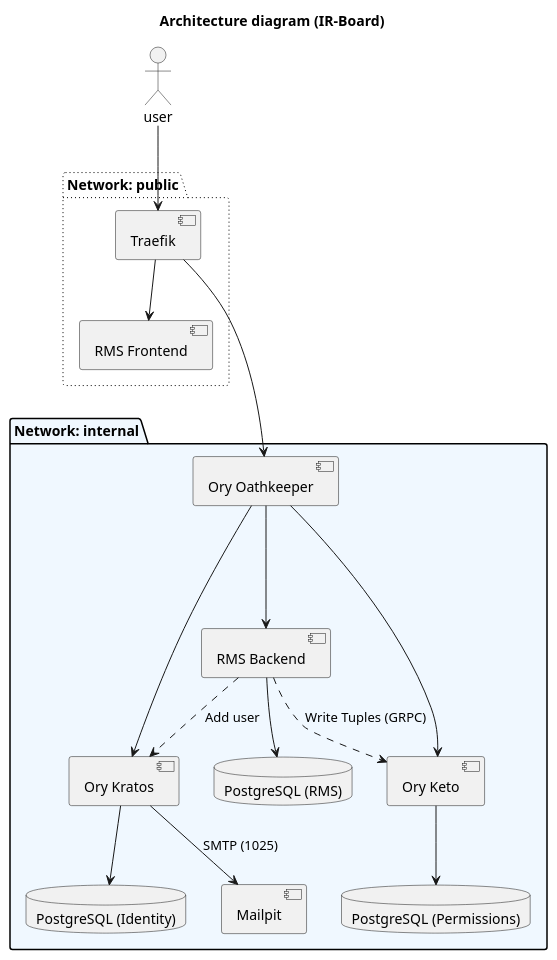
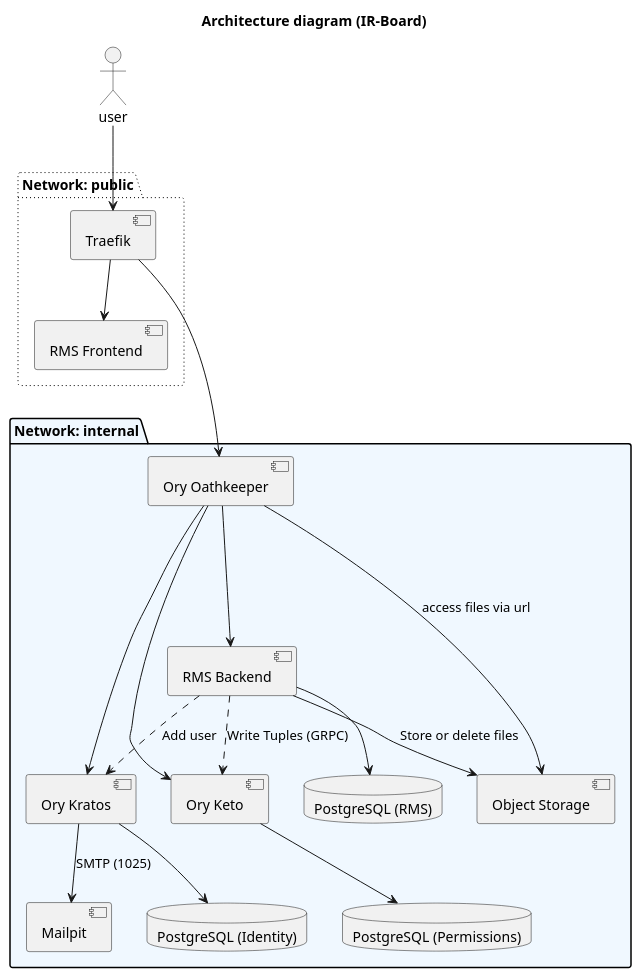
One commit to Y4vra/IRBoard changed the diagram in docs/assets/diagrams/Architecture.puml. Above: the diagram before and after it, drawn with PlantUML. The commit also changed 7 other files, not shown here.

```diff
--- a/docs/assets/diagrams/Architecture.puml
+++ b/docs/assets/diagrams/Architecture.puml
@@ -1,48 +1,51 @@
 @startuml ArchitectureC2
 title Architecture diagram (IR-Board)
 
 actor user
 
 ' Redes (Networks)
 package "Network: public" #line.dotted {
     [RMS Frontend] as front
     [Traefik] as gateway
 }
 
 package "Network: internal" #AliceBlue {
     [Ory Oathkeeper] as proxy
     [Ory Kratos] as kratos
     [Ory Keto] as keto
     [RMS Backend] as backend
     [Mailpit] as mail
+    [Object Storage] as minio
     
     database "PostgreSQL (RMS)" as db_rms
     database "PostgreSQL (Identity)" as db_auth
     database "PostgreSQL (Permissions)" as db_perm
 }
 
 ' Conexiones de tráfico
 user -down-> gateway
 gateway -down-> front 
 gateway -down--> proxy 
 
 ' Consultas internas Ory
 proxy ---> kratos 
 proxy ---> keto 
 
 ' Paso final al Backend
 proxy -down--> backend
+proxy -down--> minio : access files via url
 
 ' mailing provisional
 kratos --> mail : SMTP (1025)
 
 ' Persistencia
 backend ..> keto : Write Tuples (GRPC)
 backend ..> kratos : Add user
+backend --> minio : Store or delete files  
 
 backend -down-> db_rms
 kratos -down-> db_auth
 keto -down-> db_perm
 
 
 @enduml
```
